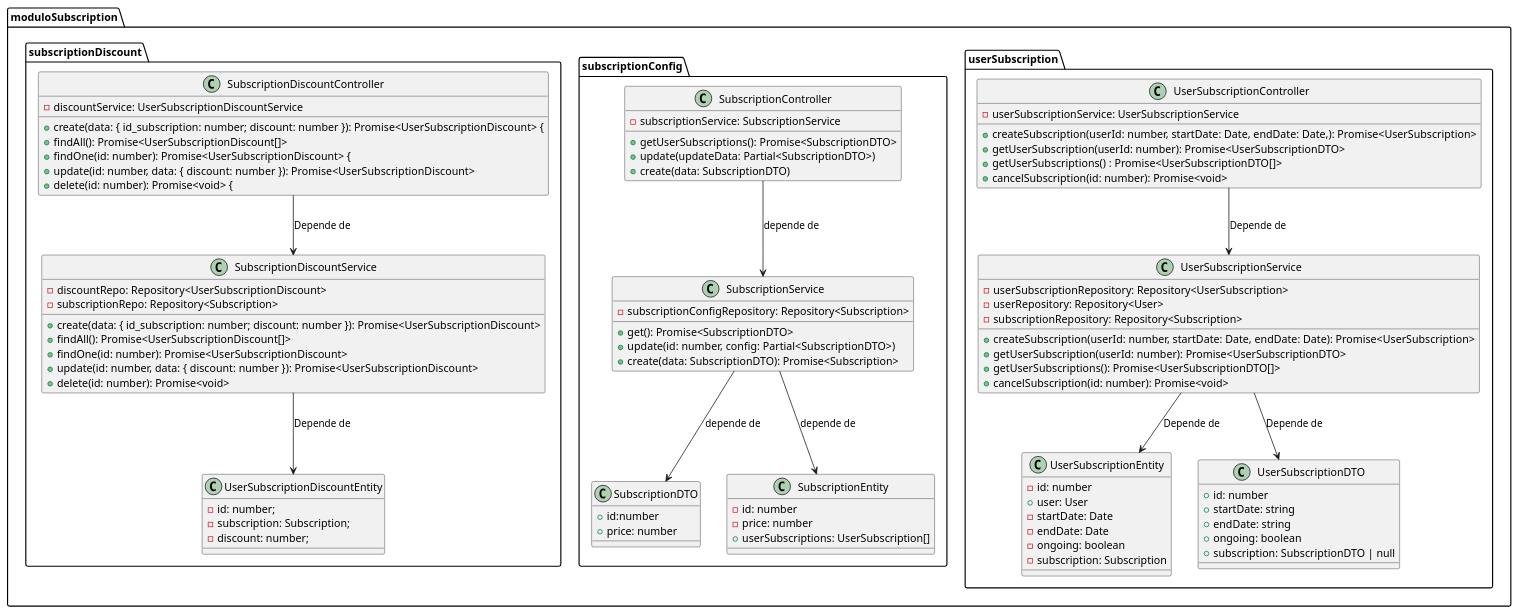
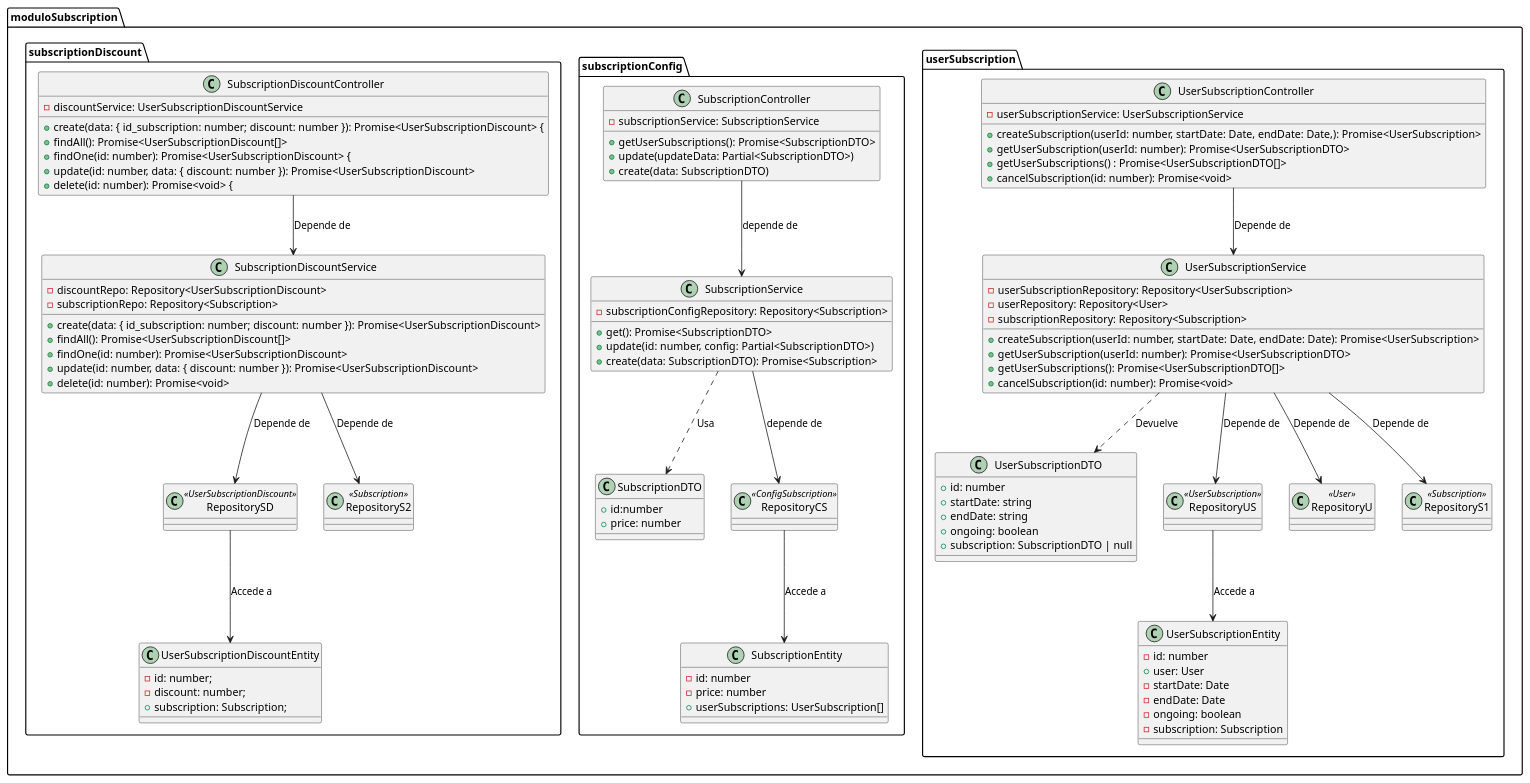
The diagram in documentacion/Diagrama de Clases/suscriptions/suscriptions.puml (LucasFrey-tech/Biblioteca), drawn with PlantUML before and after one commit. The commit also changed 18 other files, not shown here.

Commit message:
Diagramas

```diff
--- a/documentacion/Diagrama de Clases/suscriptions/suscriptions.puml
+++ b/documentacion/Diagrama de Clases/suscriptions/suscriptions.puml
@@ -1,116 +1,147 @@
 @startuml
 
 package moduloSubscription {
     package userSubscription{
         class UserSubscriptionEntity {
             - id: number
             + user: User
             - startDate: Date
             - endDate: Date
             - ongoing: boolean
             - subscription: Subscription
         }
 
         class UserSubscriptionDTO {
             + id: number
             + startDate: string
             + endDate: string
             + ongoing: boolean
             + subscription: SubscriptionDTO | null
         }
 
         class UserSubscriptionService {
             - userSubscriptionRepository: Repository<UserSubscription>
             - userRepository: Repository<User>
             - subscriptionRepository: Repository<Subscription>
 
             + createSubscription(userId: number, startDate: Date, endDate: Date): Promise<UserSubscription>
             + getUserSubscription(userId: number): Promise<UserSubscriptionDTO>
             + getUserSubscriptions(): Promise<UserSubscriptionDTO[]>
             + cancelSubscription(id: number): Promise<void>
         }
 
         class UserSubscriptionController {
             - userSubscriptionService: UserSubscriptionService
 
             + createSubscription(userId: number, startDate: Date, endDate: Date,): Promise<UserSubscription>
             + getUserSubscription(userId: number): Promise<UserSubscriptionDTO>
             + getUserSubscriptions() : Promise<UserSubscriptionDTO[]>
             + cancelSubscription(id: number): Promise<void>
         }
+
+        class RepositoryUS<<UserSubscription>> {
+
+        }
+
+        Class RepositoryU<<User>> {
+
+        }
+
+        class RepositoryS1<<Subscription>> {
+
+        }
     }
 
     package subscriptionConfig {
         class SubscriptionDTO {
             + id:number
             + price: number
         }
 
         class SubscriptionEntity {
             - id: number
             - price: number
             + userSubscriptions: UserSubscription[]
         }
 
         class SubscriptionService {
             - subscriptionConfigRepository: Repository<Subscription>
 
             + get(): Promise<SubscriptionDTO>
             + update(id: number, config: Partial<SubscriptionDTO>)
             + create(data: SubscriptionDTO): Promise<Subscription>
         }
 
         class SubscriptionController {
             - subscriptionService: SubscriptionService
 
             + getUserSubscriptions(): Promise<SubscriptionDTO>
             + update(updateData: Partial<SubscriptionDTO>)
             + create(data: SubscriptionDTO)
         }
 
+        class RepositoryCS<<ConfigSubscription>> {
+
+        }
+
     }
 
     package subscriptionDiscount {
         class SubscriptionDiscountController {
             - discountService: UserSubscriptionDiscountService
 
             + create(data: { id_subscription: number; discount: number }): Promise<UserSubscriptionDiscount> {
             + findAll(): Promise<UserSubscriptionDiscount[]>
             + findOne(id: number): Promise<UserSubscriptionDiscount> {
             + update(id: number, data: { discount: number }): Promise<UserSubscriptionDiscount>
             + delete(id: number): Promise<void> {
         }
 
         class SubscriptionDiscountService {
 
             - discountRepo: Repository<UserSubscriptionDiscount>
             - subscriptionRepo: Repository<Subscription>
             
             + create(data: { id_subscription: number; discount: number }): Promise<UserSubscriptionDiscount>
             + findAll(): Promise<UserSubscriptionDiscount[]>
             + findOne(id: number): Promise<UserSubscriptionDiscount>
             + update(id: number, data: { discount: number }): Promise<UserSubscriptionDiscount>
             + delete(id: number): Promise<void>
         }
 
         class UserSubscriptionDiscountEntity {
             - id: number;
-            - subscription: Subscription;
             - discount: number;
+            + subscription: Subscription;
         }
+
+        class RepositorySD<<UserSubscriptionDiscount>> {
+
+        }
+
+        class RepositoryS2<<Subscription>> {
+
+        }
+
     }
 
 }
 
 ' relaciones
-UserSubscriptionService --> UserSubscriptionEntity : Depende de
-UserSubscriptionService --> UserSubscriptionDTO : Depende de
+UserSubscriptionService ..> UserSubscriptionDTO : Devuelve
 UserSubscriptionController --> UserSubscriptionService : Depende de
+UserSubscriptionService --> RepositoryUS: Depende de
+UserSubscriptionService --> RepositoryU: Depende de
+UserSubscriptionService --> RepositoryS1: Depende de
+RepositoryUS --> UserSubscriptionEntity: Accede a 
 
-SubscriptionService --> SubscriptionEntity : depende de
-SubscriptionService --> SubscriptionDTO : depende de
+SubscriptionService ..> SubscriptionDTO : Usa
 SubscriptionController --> SubscriptionService : depende de
+SubscriptionService --> RepositoryCS : depende de
+RepositoryCS --> SubscriptionEntity : Accede a
 
 SubscriptionDiscountController --> SubscriptionDiscountService : Depende de
-SubscriptionDiscountService --> UserSubscriptionDiscountEntity : Depende de  
+SubscriptionDiscountService --> RepositorySD : Depende de
+SubscriptionDiscountService --> RepositoryS2 : Depende de
+RepositorySD --> UserSubscriptionDiscountEntity : Accede a
 @enduml
```
